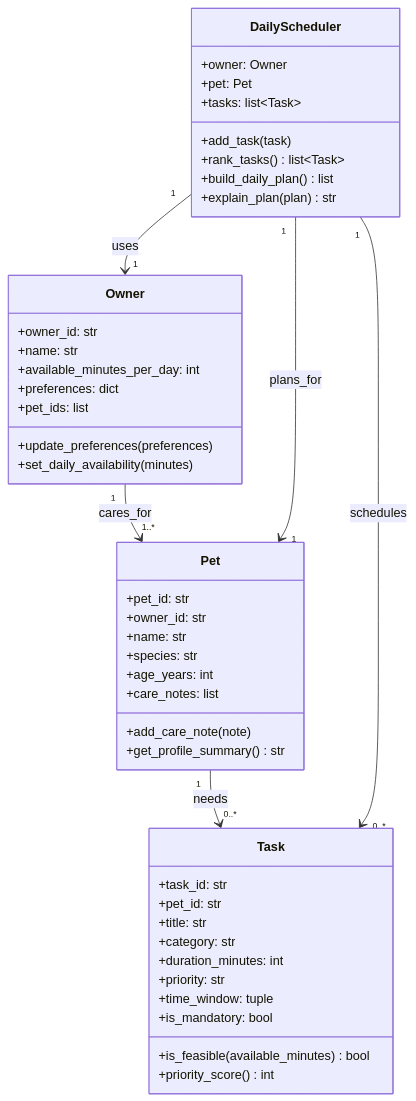
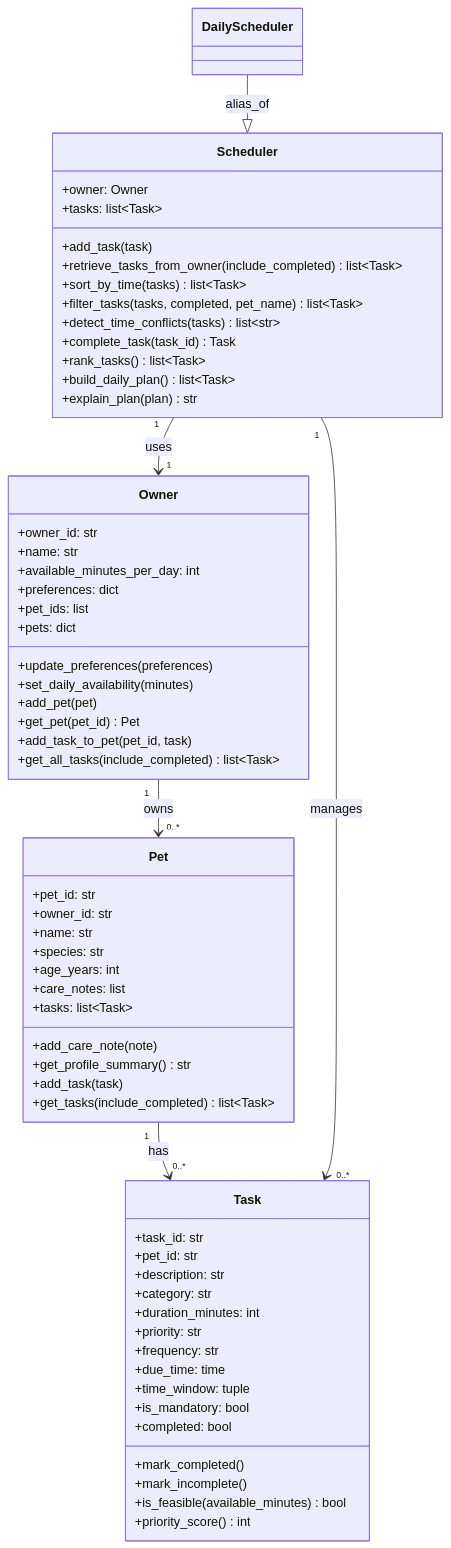
One commit to grenver/ai110-module2show-pawpal-starter changed the diagram in reflection.md. Above: the diagram before and after it, drawn with Mermaid. The commit also changed 3 other files, not shown here.

Commit message:
feat: enhance task management with due time handling, filtering, and conflict detection

````diff
--- a/reflection.md
+++ b/reflection.md
@@ -24,52 +24,72 @@
 ```mermaid
 classDiagram
 		class Owner {
 			+owner_id: str
 			+name: str
 			+available_minutes_per_day: int
 			+preferences: dict
 			+pet_ids: list
+			+pets: dict
 			+update_preferences(preferences)
 			+set_daily_availability(minutes)
+			+add_pet(pet)
+			+get_pet(pet_id) Pet
+			+add_task_to_pet(pet_id, task)
+			+get_all_tasks(include_completed) list~Task~
 		}
 
 		class Pet {
 			+pet_id: str
 			+owner_id: str
 			+name: str
 			+species: str
 			+age_years: int
 			+care_notes: list
+			+tasks: list~Task~
 			+add_care_note(note)
 			+get_profile_summary() str
+			+add_task(task)
+			+get_tasks(include_completed) list~Task~
 		}
 
 		class Task {
 			+task_id: str
 			+pet_id: str
-			+title: str
+			+description: str
 			+category: str
 			+duration_minutes: int
 			+priority: str
+			+frequency: str
+			+due_time: time
 			+time_window: tuple
 			+is_mandatory: bool
+			+completed: bool
+			+mark_completed()
+			+mark_incomplete()
 			+is_feasible(available_minutes) bool
 			+priority_score() int
 		}
 
-		class DailyScheduler {
+		class Scheduler {
 			+owner: Owner
-			+pet: Pet
 			+tasks: list~Task~
 			+add_task(task)
+			+retrieve_tasks_from_owner(include_completed) list~Task~
+			+sort_by_time(tasks) list~Task~
+			+filter_tasks(tasks, completed, pet_name) list~Task~
+			+detect_time_conflicts(tasks) list~str~
+			+complete_task(task_id) Task
 			+rank_tasks() list~Task~
-			+build_daily_plan() list
+			+build_daily_plan() list~Task~
 			+explain_plan(plan) str
 		}
 
-		Owner "1" --> "1..*" Pet : cares_for
-		Pet "1" --> "0..*" Task : needs
-		DailyScheduler "1" --> "1" Owner : uses
-		DailyScheduler "1" --> "1" Pet : plans_for
-		DailyScheduler "1" --> "0..*" Task : schedules
+		class DailyScheduler {
+		}
+
+		DailyScheduler --|> Scheduler : alias_of
+		Owner "1" --> "0..*" Pet : owns
+		Pet "1" --> "0..*" Task : has
+		Scheduler "1" --> "1" Owner : uses
+		Scheduler "1" --> "0..*" Task : manages
 ```
````
